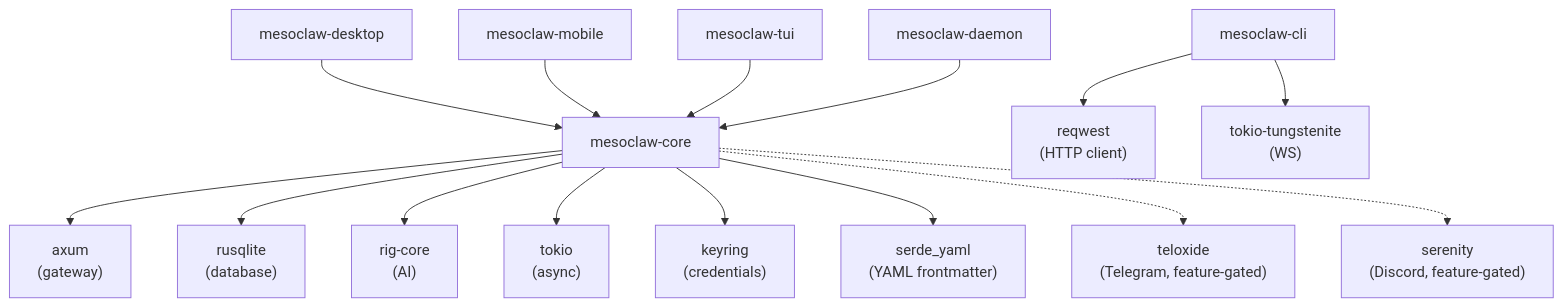
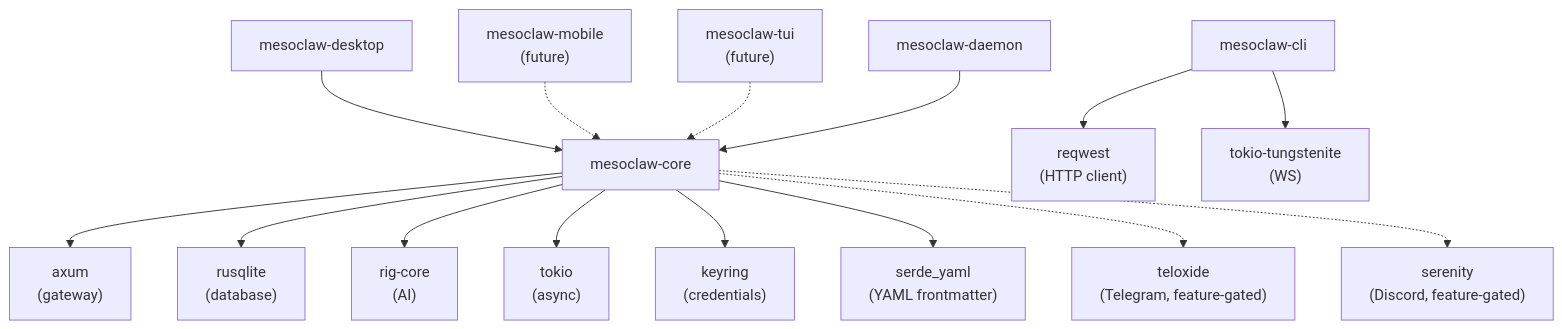
One commit to sprklai/zenii changed the third of 7 diagrams in README.md. Above: the diagram before and after it, drawn with Mermaid. The commit also changed other lines of this file and 64 other files, not shown here.

````diff
--- a/README.md
+++ b/README.md
@@ -112,19 +113,19 @@
 ```mermaid
 graph TD
     desktop[mesoclaw-desktop] --> core[mesoclaw-core]
-    mobile[mesoclaw-mobile] --> core
+    mobile["mesoclaw-mobile<br>#40;future#41;"] -.-> core
     cli[mesoclaw-cli]
     cli --> reqwest["reqwest<br>#40;HTTP client#41;"]
     cli --> tungstenite["tokio-tungstenite<br>#40;WS#41;"]
-    tui[mesoclaw-tui] --> core
+    tui["mesoclaw-tui<br>#40;future#41;"] -.-> core
     daemon[mesoclaw-daemon] --> core
 
     core --> axum["axum<br>#40;gateway#41;"]
     core --> rusqlite["rusqlite<br>#40;database#41;"]
     core --> rigcore["rig-core<br>#40;AI#41;"]
     core --> tokio["tokio<br>#40;async#41;"]
     core --> keyring["keyring<br>#40;credentials#41;"]
     core --> serdeyaml["serde_yaml<br>#40;YAML frontmatter#41;"]
     core -.-> teloxide["teloxide<br>#40;Telegram, feature-gated#41;"]
     core -.-> serenity["serenity<br>#40;Discord, feature-gated#41;"]
 ```
````
